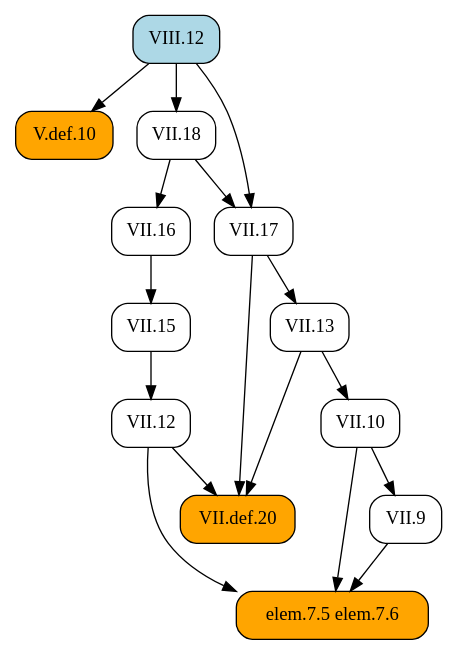
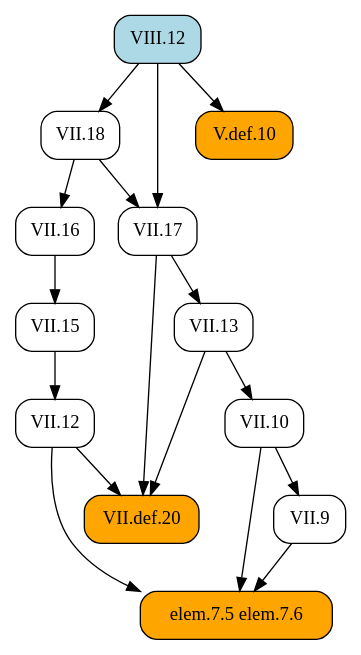
The diagram in docsrc/heath/VIII/12/index.rst (geometor/elements), drawn with Graphviz before and after one commit. The commit also changed other lines of this file and 484 other files, not shown here.

```diff
--- a/docsrc/heath/VIII/12/index.rst
+++ b/docsrc/heath/VIII/12/index.rst
@@ -60,34 +60,34 @@
 .. graphviz::
 
    digraph {
      rankdir="TB";
      node [shape=box, style=rounded];
+     "VII.13" [URL="/heath/VII/13/", target="_top"];
+     "VII.12" [URL="/heath/VII/12/", target="_top"];
      "elem.7.5 elem.7.6" [style="rounded,filled", fillcolor=orange];
-     "VII.10" [URL="/heath/VII/10/", target="_top"];
-     "V.def.10" [style="rounded,filled", fillcolor=orange, URL="/heath/V/def.10/", target="_top"];
      "VII.9" [URL="/heath/VII/9/", target="_top"];
      "VII.18" [URL="/heath/VII/18/", target="_top"];
-     "VII.13" [URL="/heath/VII/13/", target="_top"];
+     "VII.def.20" [style="rounded,filled", fillcolor=orange, URL="/heath/VII/def.20/", target="_top"];
      "VII.16" [URL="/heath/VII/16/", target="_top"];
      "VIII.12" [style="rounded,filled", fillcolor=lightblue, URL="/heath/VIII/12/", target="_top"];
-     "VII.12" [URL="/heath/VII/12/", target="_top"];
+     "VII.17" [URL="/heath/VII/17/", target="_top"];
+     "V.def.10" [style="rounded,filled", fillcolor=orange, URL="/heath/V/def.10/", target="_top"];
      "VII.15" [URL="/heath/VII/15/", target="_top"];
-     "VII.def.20" [style="rounded,filled", fillcolor=orange, URL="/heath/VII/def.20/", target="_top"];
-     "VII.17" [URL="/heath/VII/17/", target="_top"];
+     "VII.10" [URL="/heath/VII/10/", target="_top"];
+     "VII.17" -> "VII.13";
+     "VII.15" -> "VII.12";
      "VII.9" -> "elem.7.5 elem.7.6";
      "VII.10" -> "elem.7.5 elem.7.6";
      "VII.12" -> "elem.7.5 elem.7.6";
-     "VII.13" -> "VII.10";
-     "VIII.12" -> "V.def.10";
      "VII.10" -> "VII.9";
      "VIII.12" -> "VII.18";
-     "VII.17" -> "VII.13";
-     "VII.18" -> "VII.16";
-     "VII.15" -> "VII.12";
-     "VII.16" -> "VII.15";
      "VII.12" -> "VII.def.20";
      "VII.13" -> "VII.def.20";
      "VII.17" -> "VII.def.20";
+     "VII.18" -> "VII.16";
      "VII.18" -> "VII.17";
      "VIII.12" -> "VII.17";
+     "VIII.12" -> "V.def.10";
+     "VII.16" -> "VII.15";
+     "VII.13" -> "VII.10";
    }
```
